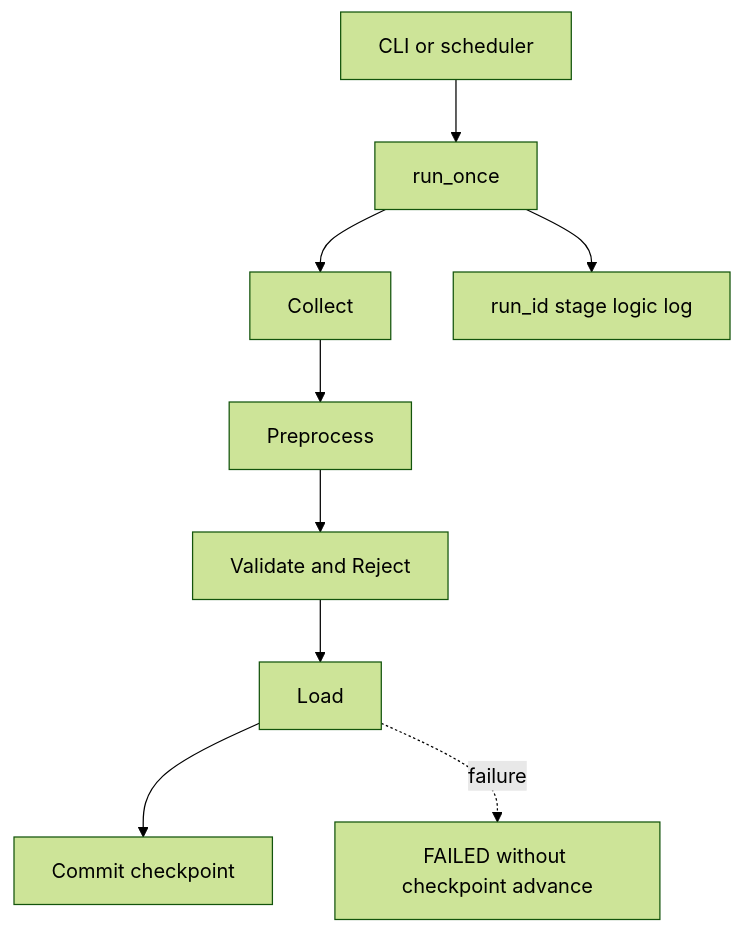
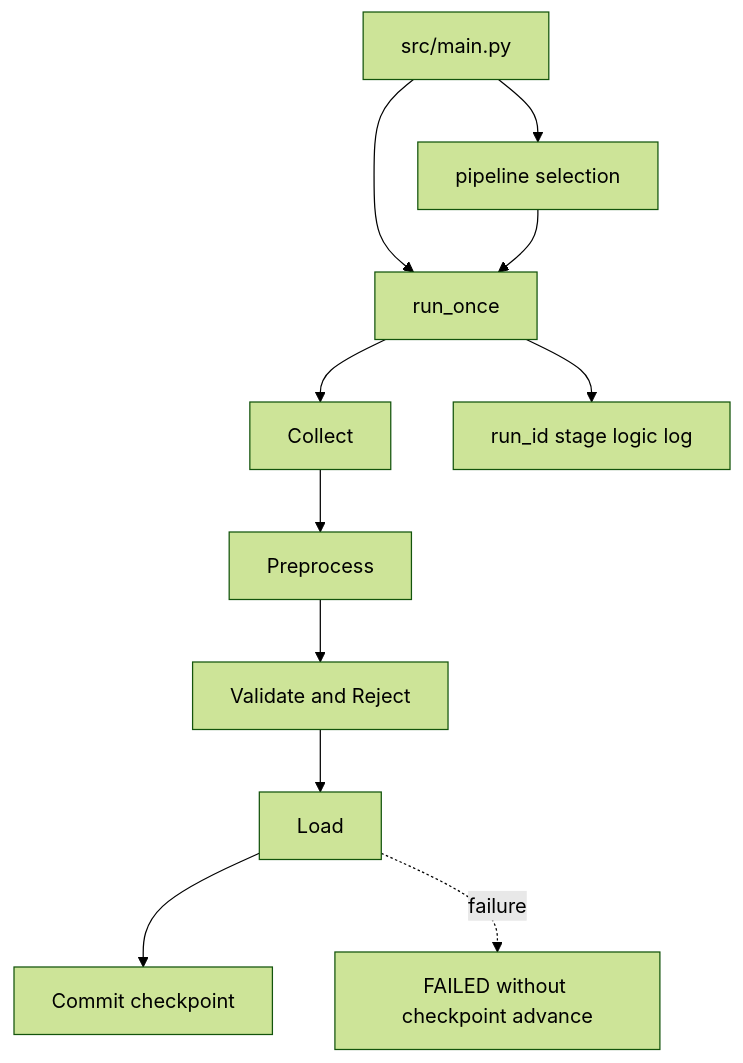
Before and after one commit to encore-ai-campus/mlo-01-p1-team3: the diagram in src/pipelines/README.md, drawn with Mermaid (forest theme). The commit also changed other lines of this file and 9 other files, not shown here.

````diff
--- a/src/pipelines/README.md
+++ b/src/pipelines/README.md
@@ -18,11 +19,13 @@
 ```mermaid
 flowchart TD
-    CLI["CLI or scheduler"] --> Run["run_once"]
+    Main["src/main.py"] --> Run["run_once"]
+    Main --> Select["pipeline selection"]
+    Select --> Run
     Run --> Collect["Collect"]
     Collect --> Preprocess["Preprocess"]
     Preprocess --> Validate["Validate and Reject"]
     Validate --> Load["Load"]
     Load --> Checkpoint["Commit checkpoint"]
     Run --> Log["run_id stage logic log"]
     Load -. "failure" .-> Failed["FAILED without checkpoint advance"]
 ```
````
